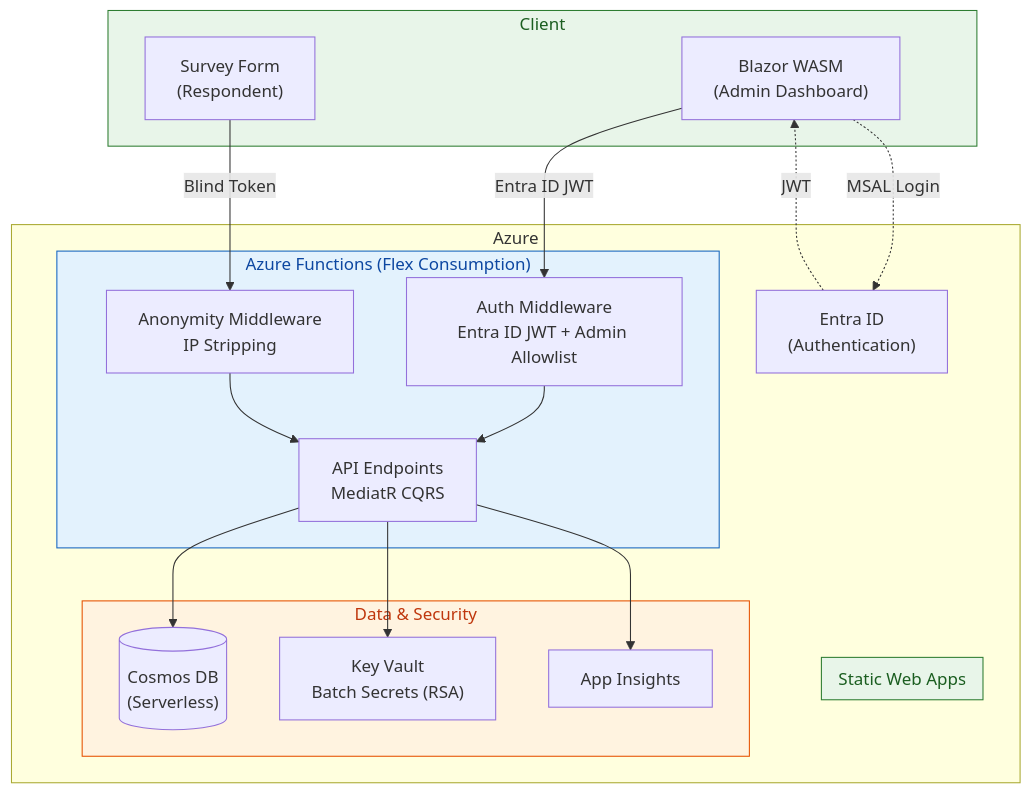
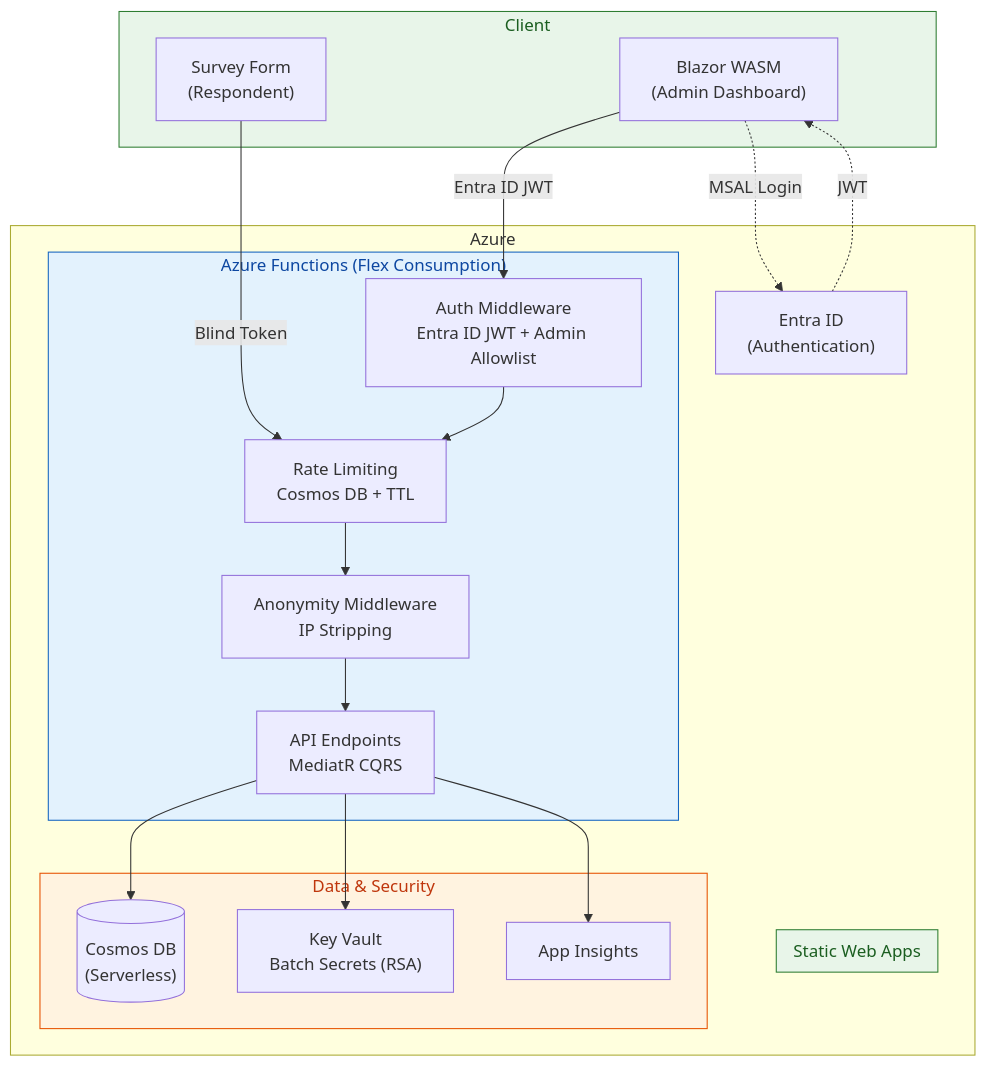
One commit to asachs/candour changed the diagram in README.md. Above: the diagram before and after it, drawn with Mermaid. The commit also changed other lines of this file and 37 other files, not shown here.

First line of the commit message:
feat: add rate limiting, SWA infra, integration tests, and e2e tests

````diff
--- a/README.md
+++ b/README.md
@@ -37,43 +40,45 @@
 ```mermaid
 flowchart TB
     subgraph Client["Client"]
         BW["Blazor WASM<br/>(Admin Dashboard)"]
         RF["Survey Form<br/>(Respondent)"]
     end
 
     subgraph Azure["Azure"]
         subgraph SWA["Static Web Apps"]
             BW
             RF
         end
 
         subgraph Functions["Azure Functions (Flex Consumption)"]
             AUTH["Auth Middleware<br/>Entra ID JWT + Admin Allowlist"]
+            RL["Rate Limiting<br/>Cosmos DB + TTL"]
             ANON["Anonymity Middleware<br/>IP Stripping"]
             API["API Endpoints<br/>MediatR CQRS"]
         end
 
         subgraph Data["Data & Security"]
             COSMOS[("Cosmos DB<br/>(Serverless)")]
             KV["Key Vault<br/>Batch Secrets (RSA)"]
             AI["App Insights"]
         end
 
         ENTRA["Entra ID<br/>(Authentication)"]
     end
 
     BW -->|"Entra ID JWT"| AUTH
-    RF -->|"Blind Token"| ANON
-    AUTH --> API
+    RF -->|"Blind Token"| RL
+    AUTH --> RL
+    RL --> ANON
     ANON --> API
     API --> COSMOS
     API --> KV
     API --> AI
     BW -.->|"MSAL Login"| ENTRA
     ENTRA -.->|"JWT"| BW
 
     style Client fill:#e8f5e9,stroke:#2e7d32,color:#1b5e20
     style Functions fill:#e3f2fd,stroke:#1565c0,color:#0d47a1
     style Data fill:#fff3e0,stroke:#e65100,color:#bf360c
     style SWA fill:#e8f5e9,stroke:#2e7d32,color:#1b5e20
 ```
````
